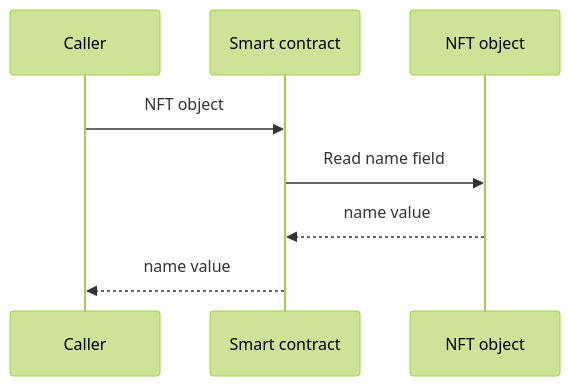
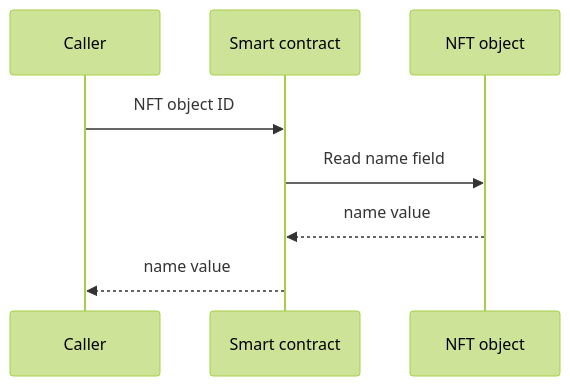
The second of 2 diagrams in content/sui/onchain-finance/tokenized-assets/create-nft.mdx (MystenLabs/sui-docs), drawn with Mermaid (forest theme) before and after one commit. The commit also changed other lines of this file, not shown here.

Commit message:
docs: Create a Non-Fungible Token — revised from its dossier (#894)
* docs: Create a Non-Fungible Token — revised from its dossier

* docs: create nft: say the caller passes the object ID

---------

````diff
--- a/content/sui/onchain-finance/tokenized-assets/create-nft.mdx
+++ b/content/sui/onchain-finance/tokenized-assets/create-nft.mdx
@@ -69,11 +69,11 @@
 ```mermaid
 
 sequenceDiagram
     participant C as Caller
     participant S as Smart contract
     participant N as NFT object
-    C->>S: NFT object
+    C->>S: NFT object ID
     S->>N: Read name field
     N-->>S: name value
     S-->>C: name value
 ```
````
